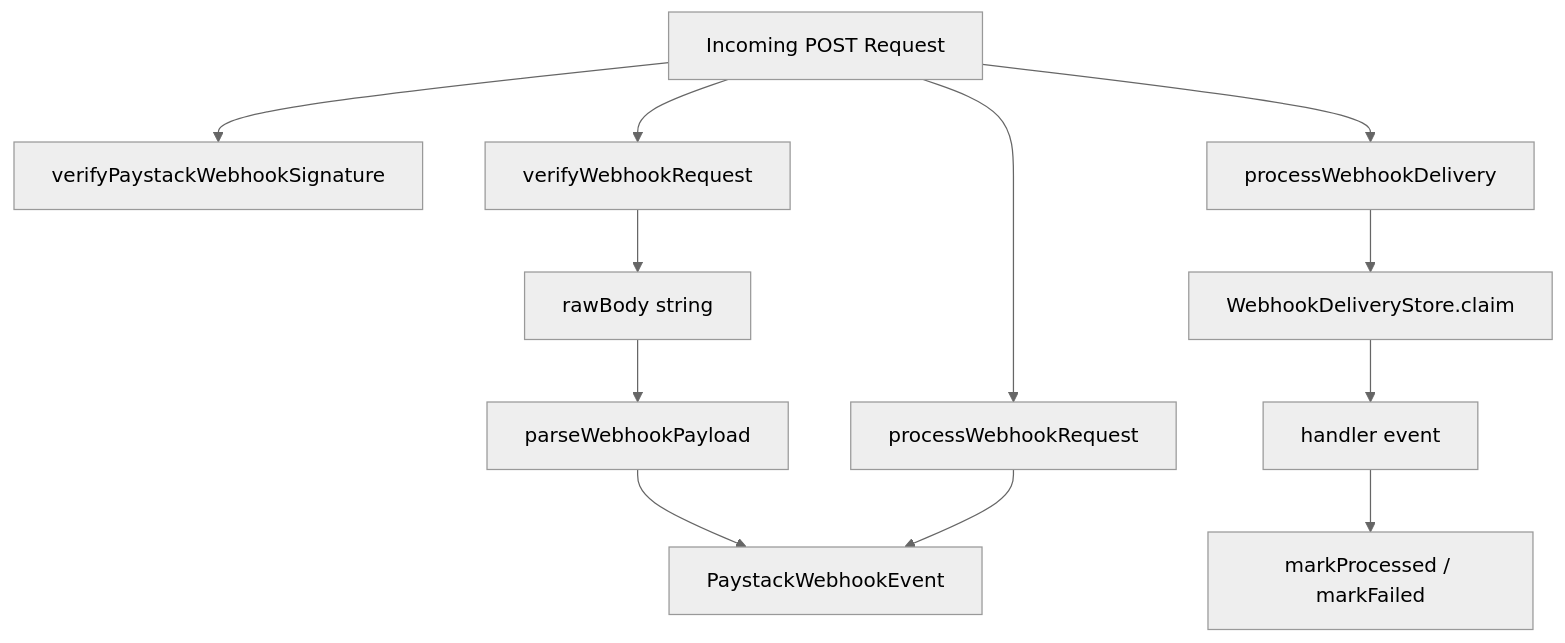
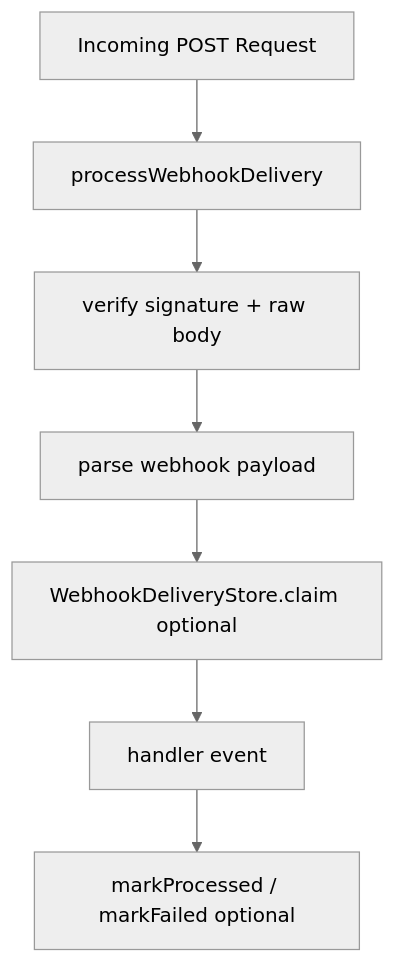
The diagram in apps/docs/content/docs/packages/paystack/webhooks.mdx (wuzgood98/g14o), drawn with Mermaid (neutral theme) before and after one commit. The commit also changed other lines of this file and 54 other files, not shown here.

First line of the commit message:
refactor: deepen package architecture across six grill candidates

````diff
--- a/apps/docs/content/docs/packages/paystack/webhooks.mdx
+++ b/apps/docs/content/docs/packages/paystack/webhooks.mdx
@@ -10,14 +10,9 @@
 ```mermaid
 flowchart TD
-  Request[Incoming POST Request] --> verifySig[verifyPaystackWebhookSignature]
-  Request --> verifyReq[verifyWebhookRequest]
-  verifyReq --> rawBody[rawBody string]
-  rawBody --> parse[parseWebhookPayload]
-  parse --> event[PaystackWebhookEvent]
-  Request --> processReq[processWebhookRequest]
-  processReq --> event
-  Request --> processDel[processWebhookDelivery]
-  processDel --> dedupe[WebhookDeliveryStore.claim]
+  Request[Incoming POST Request] --> processDel[processWebhookDelivery]
+  processDel --> verify[verify signature + raw body]
+  verify --> parse[parse webhook payload]
+  parse --> dedupe[WebhookDeliveryStore.claim optional]
   dedupe --> handler[handler event]
-  handler --> mark[markProcessed / markFailed]
+  handler --> mark[markProcessed / markFailed optional]
 ```
````
